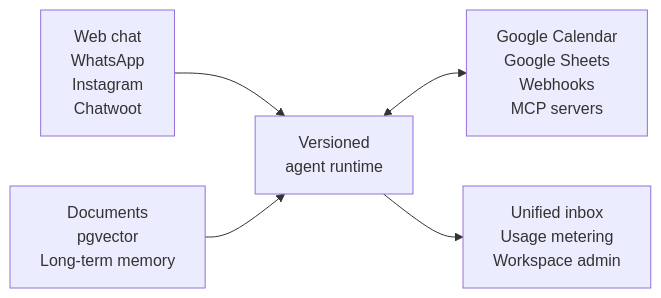
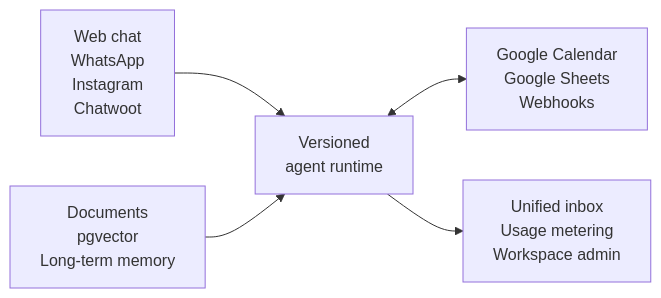
The diagram in README.md (NordicAgents/vibesboard), drawn with Mermaid before and after one commit. The commit also changed other lines of this file and 13 other files, not shown here.

````diff
--- a/README.md
+++ b/README.md
@@ -52,7 +52,7 @@
 ```mermaid
 flowchart LR
     C["Web chat<br/>WhatsApp<br/>Instagram<br/>Chatwoot"] --> A["Versioned<br/>agent runtime"]
     K["Documents<br/>pgvector<br/>Long-term memory"] --> A
-    A <--> T["Google Calendar<br/>Google Sheets<br/>Webhooks<br/>MCP servers"]
+    A <--> T["Google Calendar<br/>Google Sheets<br/>Webhooks"]
     A --> O["Unified inbox<br/>Usage metering<br/>Workspace admin"]
 ```
````
